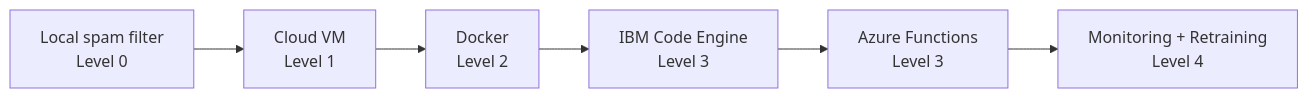
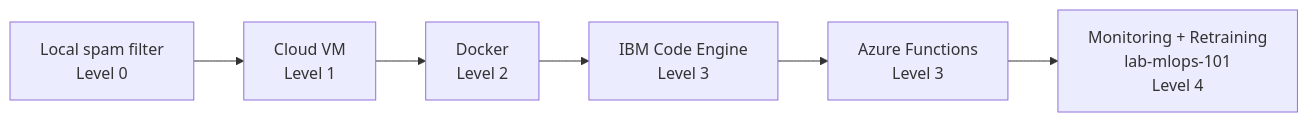
Before and after one commit to iportilla/5350-mlops: the first of 2 diagrams in summary/README.md, drawn with Mermaid. The commit also changed other lines of this file and 39 other files, not shown here.

First line of the commit message:
Add lab-mlops-101: hands-on MLOps lab with the spam classifier

````diff
--- a/summary/README.md
+++ b/summary/README.md
@@ -39,10 +39,11 @@
 ```mermaid
 flowchart LR
     Local["Local spam filter
     Level 0"] --> VM["Cloud VM
     Level 1"] --> Docker["Docker
     Level 2"] --> IBM["IBM Code Engine
     Level 3"] --> Azure["Azure Functions
     Level 3"] --> Retrain["Monitoring + Retraining
+    lab-mlops-101
     Level 4"]
 ```
````
